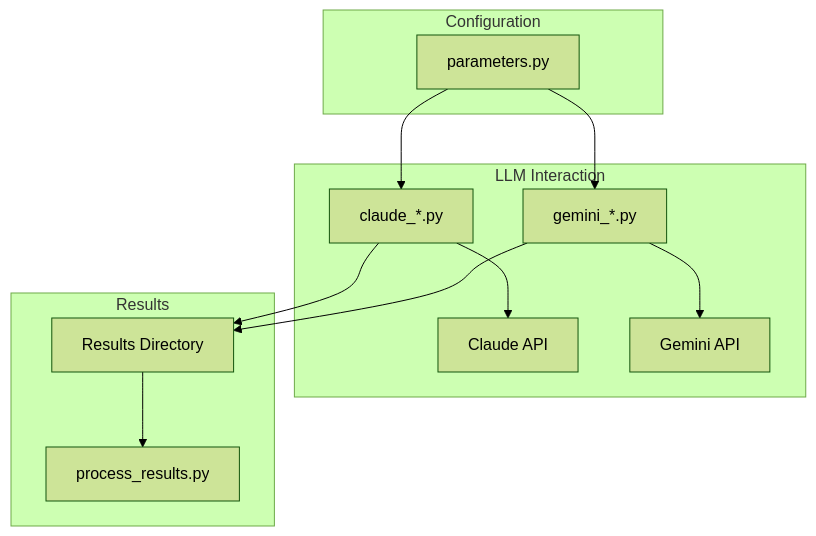
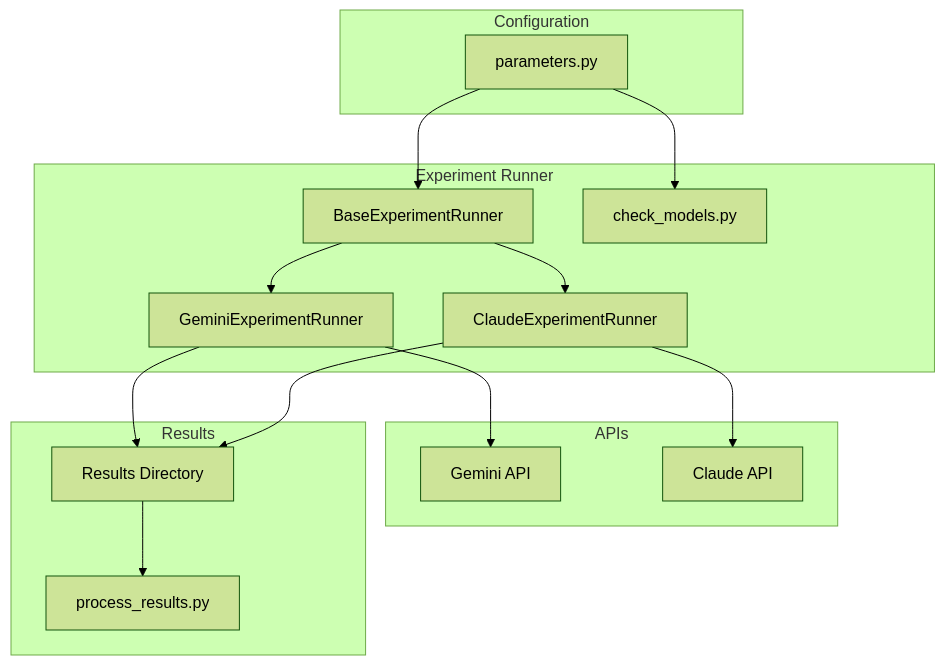
One commit to nshrhm/llm-literary-analysis changed the diagram in memory-bank/systemPatterns.md. Above: the diagram before and after it, drawn with Mermaid (forest theme). The commit also changed other lines of this file and 13 other files, not shown here.

First line of the commit message:
refactor: Integrate Claude models and unify experiment runner

````diff
--- a/memory-bank/systemPatterns.md
+++ b/memory-bank/systemPatterns.md
@@ -15,23 +15,31 @@
 ```mermaid
 flowchart TB
     subgraph Configuration
         parameters[parameters.py]
     end
 
-    subgraph LLM Interaction
-        claude[claude_*.py]
-        gemini[gemini_*.py]
-        parameters --> claude
-        parameters --> gemini
+    subgraph Experiment Runner
+        base[BaseExperimentRunner]
+        gemini[GeminiExperimentRunner]
+        claude[ClaudeExperimentRunner]
+        check[check_models.py]
+        
+        parameters --> base
+        base --> gemini
+        base --> claude
+        parameters --> check
+    end
+
+    subgraph APIs
+        gemini --> Gemini[Gemini API]
         claude --> Claude[Claude API]
-        gemini --> Gemini[Gemini API]
     end
 
     subgraph Results
         results[Results Directory]
         analysis[process_results.py]
         gemini --> results
         claude --> results
         results --> analysis
     end
 ```
````
